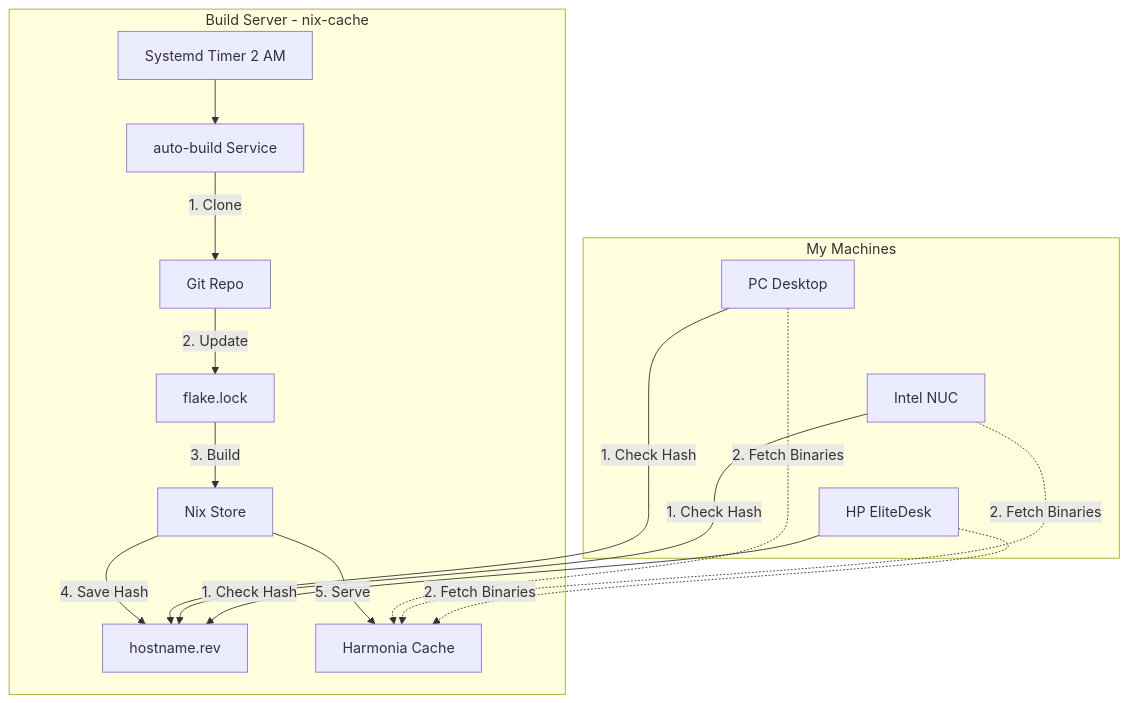
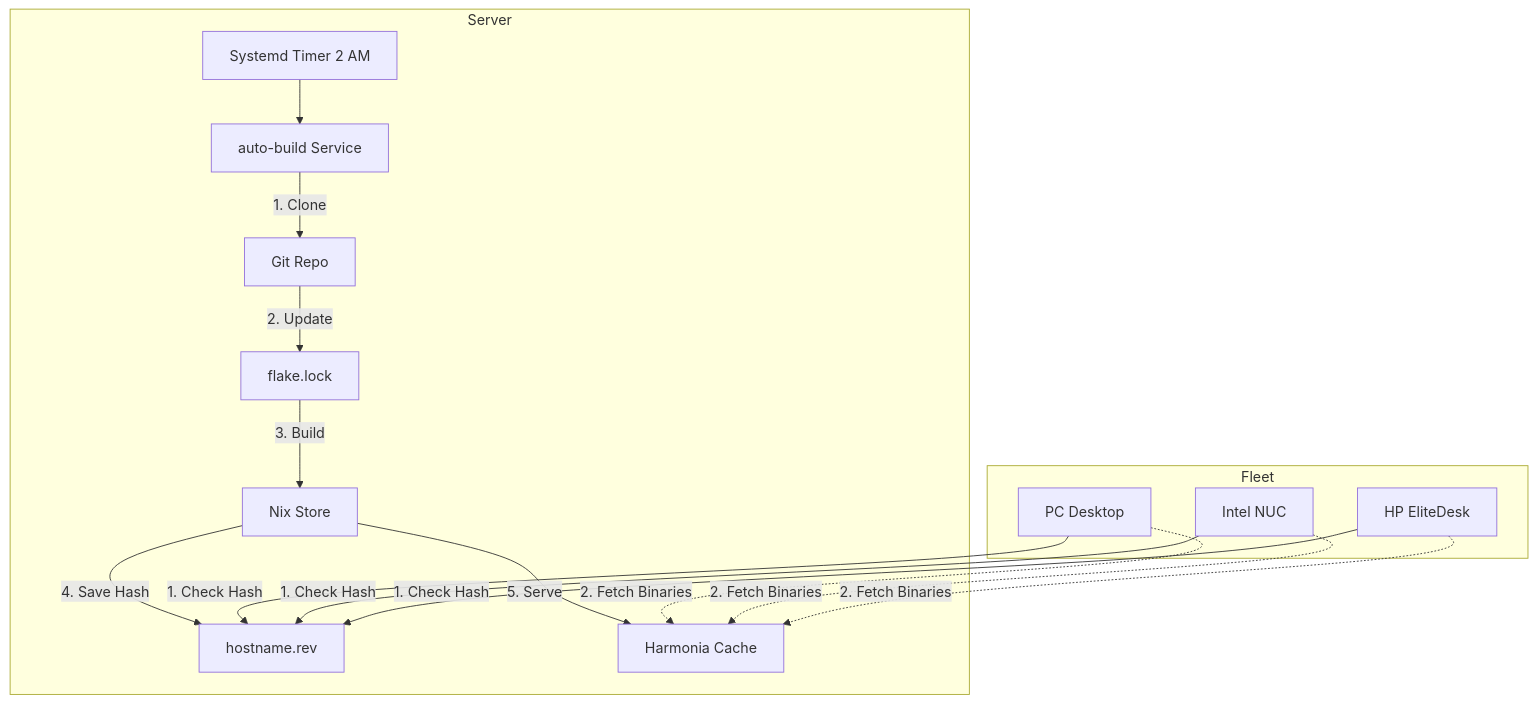
The diagram in content/post/nixos-cache/index.md (basnijholt/nijho.lt), drawn with Mermaid before and after one commit.

Commit message:
fix(docs): simplify mermaid syntax to fix rendering error

````diff
--- a/content/post/nixos-cache/index.md
+++ b/content/post/nixos-cache/index.md
@@ -49,27 +49,25 @@
 ```mermaid
 graph TD
-    subgraph Server [Build Server - nix-cache]
+    subgraph Server
         Timer[Systemd Timer 2 AM] --> AutoBuild[auto-build Service]
         AutoBuild -->|1. Clone| Git[Git Repo]
         Git -->|2. Update| FlakeLock[flake.lock]
         FlakeLock -->|3. Build| Store[Nix Store]
         Store -->|4. Save Hash| RevFile[hostname.rev]
         Store -->|5. Serve| Harmonia[Harmonia Cache]
     end
 
-    subgraph Fleet [My Machines]
+    subgraph Fleet
         PC[PC Desktop]
         NUC[Intel NUC]
         HP[HP EliteDesk]
-        
-        PC ~~~ NUC ~~~ HP
     end
 
     PC -->|1. Check Hash| RevFile
     NUC -->|1. Check Hash| RevFile
     HP -->|1. Check Hash| RevFile
 
     PC -.->|2. Fetch Binaries| Harmonia
     NUC -.->|2. Fetch Binaries| Harmonia
     HP -.->|2. Fetch Binaries| Harmonia
 ```
````
